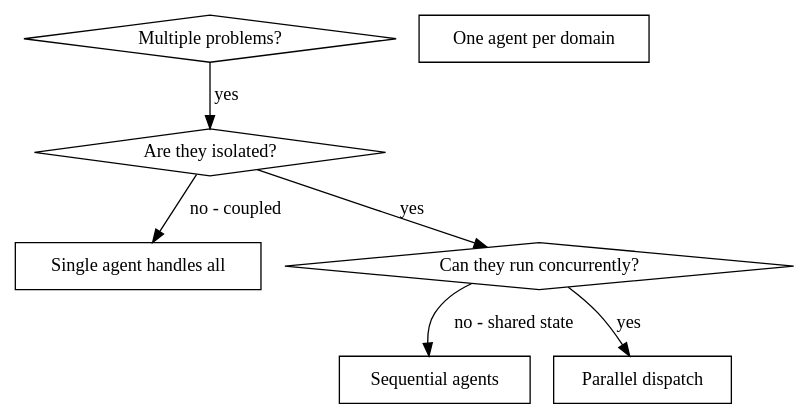
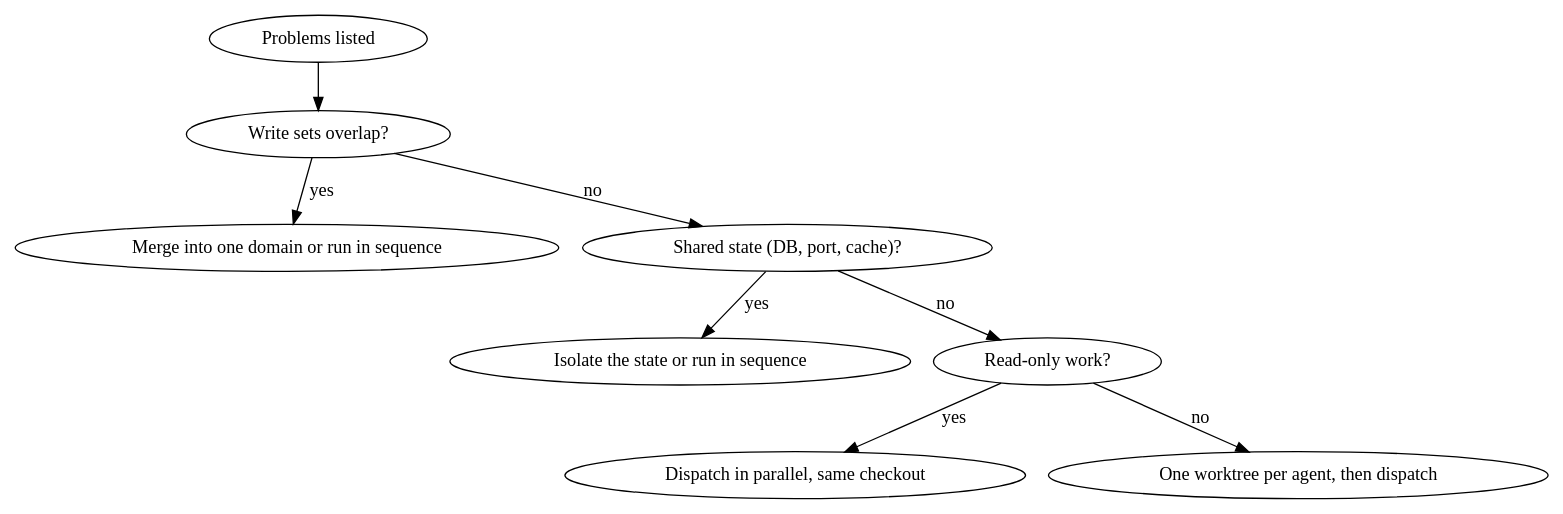
Before and after one commit to NoobyGains/godmode: the diagram in skills/parallel-execution/SKILL.md, drawn with Graphviz. The commit also changed other lines of this file and 17 other files, not shown here.

````diff
--- a/skills/parallel-execution/SKILL.md
+++ b/skills/parallel-execution/SKILL.md
@@ -22,17 +42,11 @@
 ```dot
-digraph dispatch_decision {
-    "Multiple problems?" [shape=diamond];
-    "Are they isolated?" [shape=diamond];
-    "Single agent handles all" [shape=box];
-    "One agent per domain" [shape=box];
-    "Can they run concurrently?" [shape=diamond];
-    "Sequential agents" [shape=box];
-    "Parallel dispatch" [shape=box];
-
-    "Multiple problems?" -> "Are they isolated?" [label="yes"];
-    "Are they isolated?" -> "Single agent handles all" [label="no - coupled"];
-    "Are they isolated?" -> "Can they run concurrently?" [label="yes"];
-    "Can they run concurrently?" -> "Parallel dispatch" [label="yes"];
-    "Can they run concurrently?" -> "Sequential agents" [label="no - shared state"];
+digraph independence {
+    "Problems listed" -> "Write sets overlap?";
+    "Write sets overlap?" -> "Merge into one domain or run in sequence" [label="yes"];
+    "Write sets overlap?" -> "Shared state (DB, port, cache)?" [label="no"];
+    "Shared state (DB, port, cache)?" -> "Isolate the state or run in sequence" [label="yes"];
+    "Shared state (DB, port, cache)?" -> "Read-only work?" [label="no"];
+    "Read-only work?" -> "Dispatch in parallel, same checkout" [label="yes"];
+    "Read-only work?" -> "One worktree per agent, then dispatch" [label="no"];
 }
 ```
````
